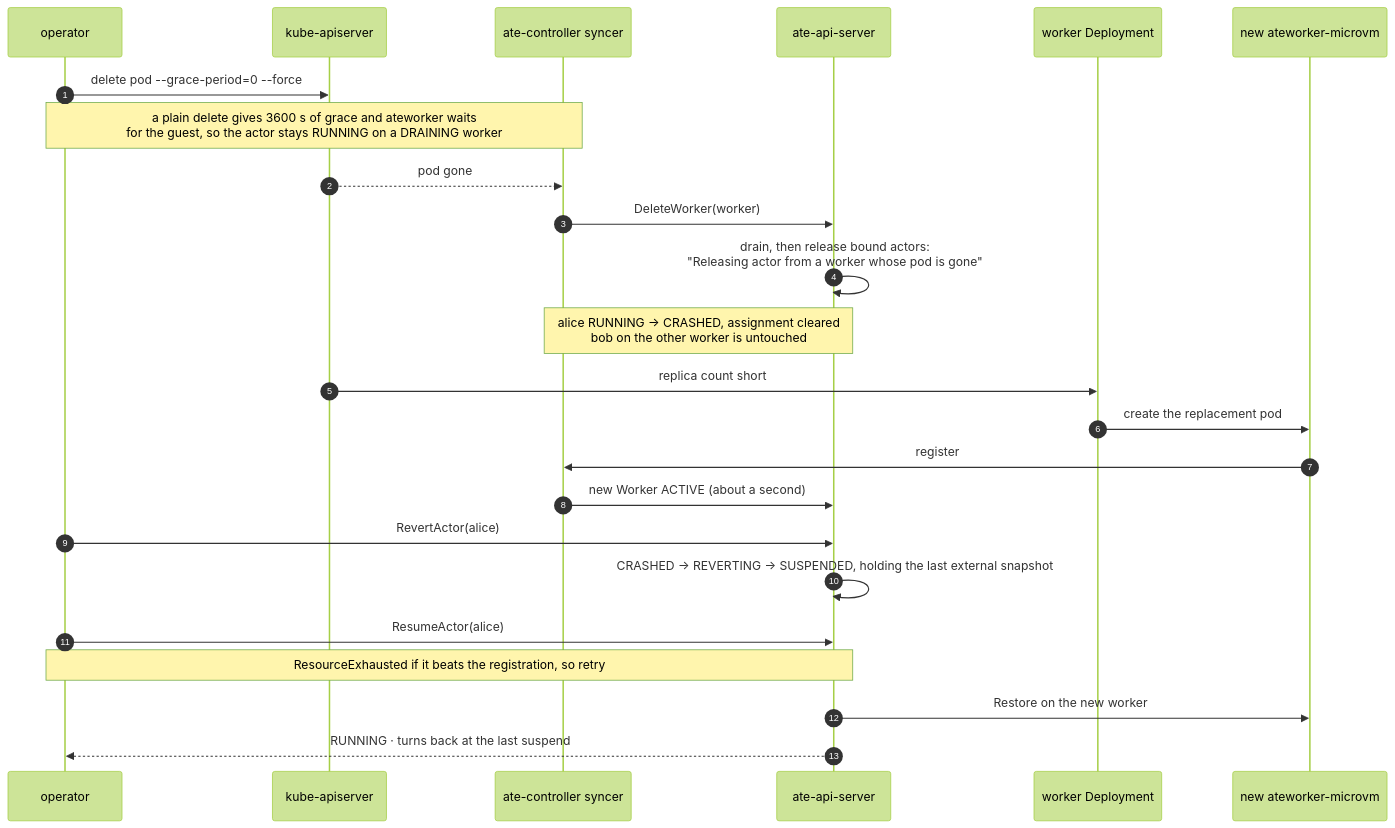
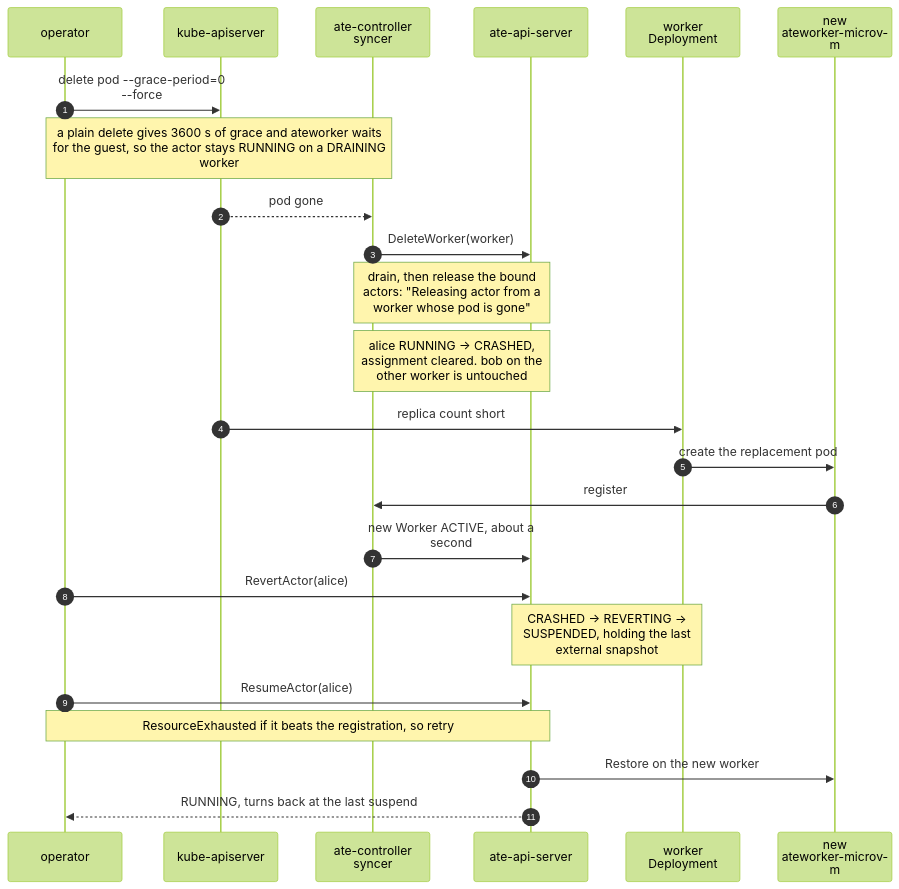
The seventh of 8 diagrams in docs/architecture.md (dims/openshell-driver-substrate), drawn with Mermaid (forest theme) before and after one commit. The commit also changed other lines of this file and 1 other file, not shown here.

First line of the commit message:
docs: architecture diagrams that GitHub renders legibly

````diff
--- a/docs/architecture.md
+++ b/docs/architecture.md
@@ -568,27 +572,28 @@
 ```mermaid
+%%{init: {"sequence": {"wrap": true}}}%%
 sequenceDiagram
   autonumber
   participant OP as operator
   participant K8S as kube-apiserver
   participant CTL as ate-controller syncer
   participant API as ate-api-server
   participant DEP as worker Deployment
   participant AM as new ateworker-microvm
 
   OP->>K8S: delete pod --grace-period=0 --force
-  Note over OP,CTL: a plain delete gives 3600 s of grace and ateworker waits<br/>for the guest, so the actor stays RUNNING on a DRAINING worker
+  Note over OP,CTL: a plain delete gives 3600 s of grace and ateworker waits for the guest, so the actor stays RUNNING on a DRAINING worker
   K8S-->>CTL: pod gone
   CTL->>API: DeleteWorker(worker)
-  API->>API: drain, then release bound actors:<br/>"Releasing actor from a worker whose pod is gone"
-  Note over CTL,API: alice RUNNING → CRASHED, assignment cleared<br/>bob on the other worker is untouched
+  Note over CTL,API: drain, then release the bound actors: "Releasing actor from a worker whose pod is gone"
+  Note over CTL,API: alice RUNNING → CRASHED, assignment cleared. bob on the other worker is untouched
   K8S->>DEP: replica count short
   DEP->>AM: create the replacement pod
   AM->>CTL: register
-  CTL->>API: new Worker ACTIVE (about a second)
+  CTL->>API: new Worker ACTIVE, about a second
   OP->>API: RevertActor(alice)
-  API->>API: CRASHED → REVERTING → SUSPENDED, holding the last external snapshot
+  Note over API,DEP: CRASHED → REVERTING → SUSPENDED, holding the last external snapshot
   OP->>API: ResumeActor(alice)
   Note over OP,API: ResourceExhausted if it beats the registration, so retry
   API->>AM: Restore on the new worker
-  API-->>OP: RUNNING · turns back at the last suspend
+  API-->>OP: RUNNING, turns back at the last suspend
 ```
````
